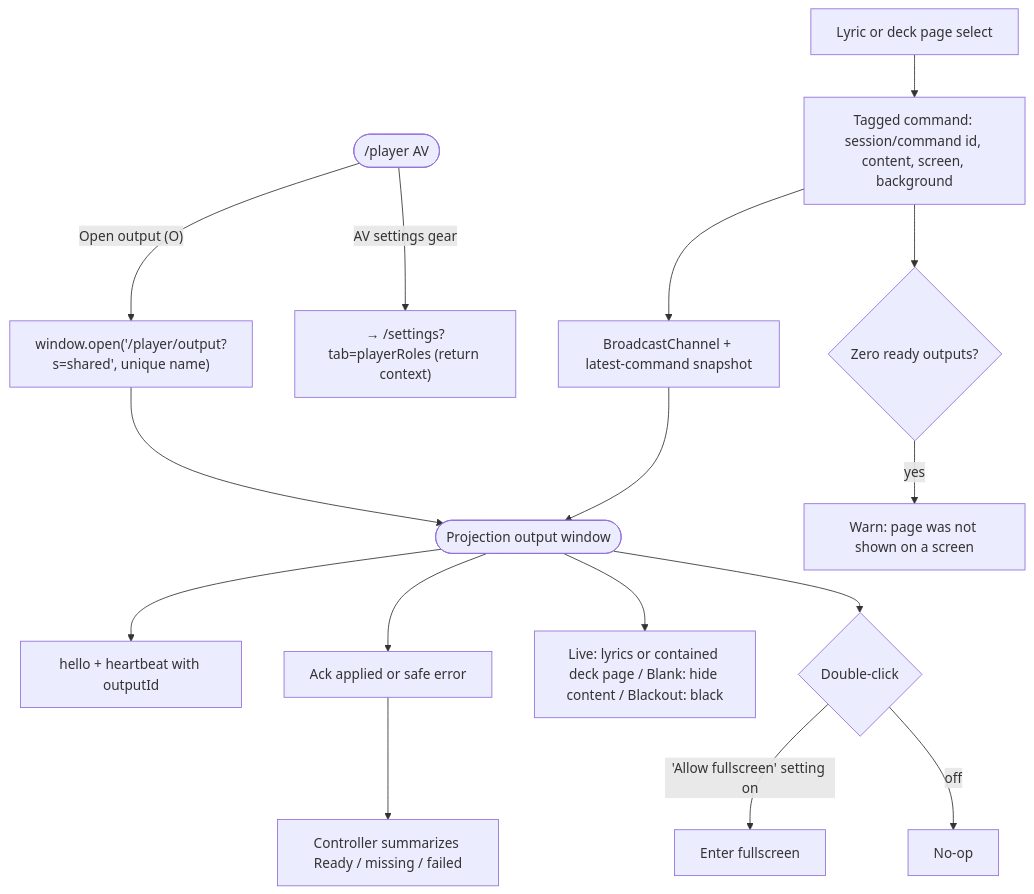
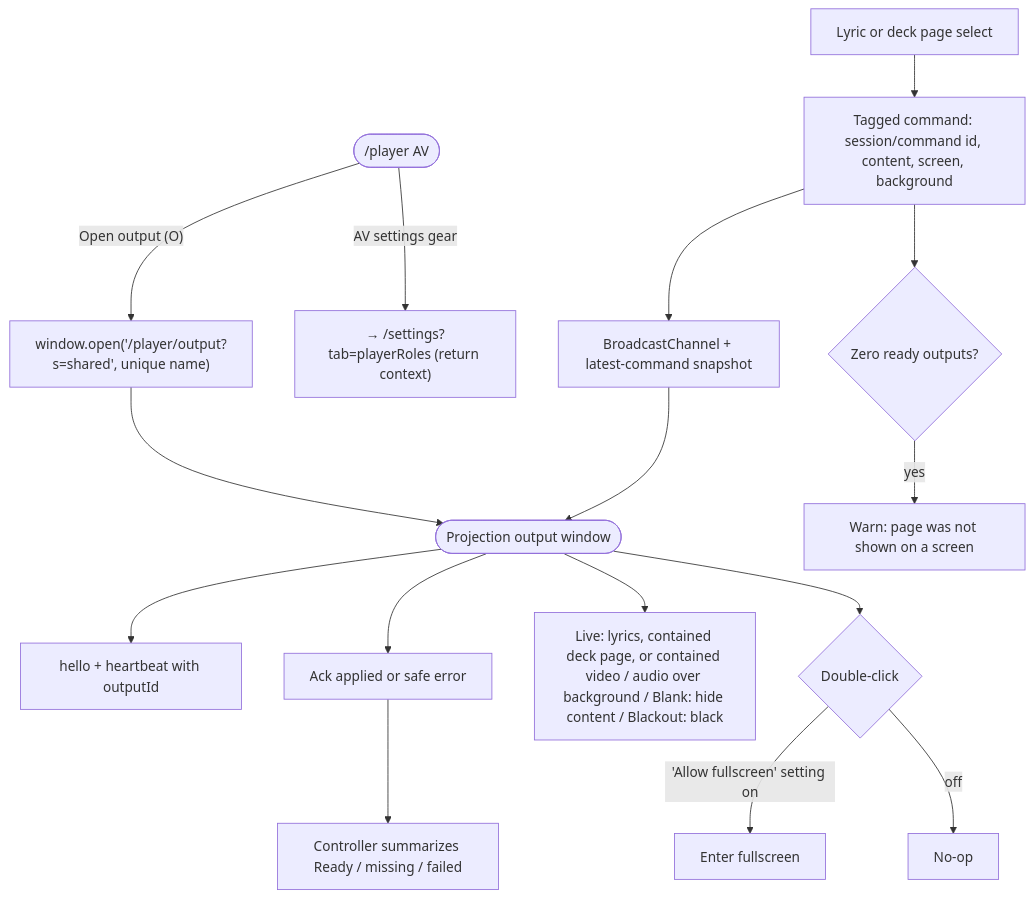
Diagram 38 of 55 in docs/architecture/frontend-user-flows.md (xilefmusics/worship_viewer), drawn with Mermaid before and after one commit. The commit also changed other lines of this file and 18 other files, not shown here.

First line of the commit message:
feat(frontend): project uploaded audio and video from the AV player

````diff
--- a/docs/architecture/frontend-user-flows.md
+++ b/docs/architecture/frontend-user-flows.md
@@ -646,18 +646,18 @@
 ```mermaid
 flowchart TD
     av(["/player AV"]) -->|"Open output (O)"| open["window.open('/player/output?s=shared', unique name)"]
     open --> out(["Projection output window"])
     out --> hello["hello + heartbeat with outputId"]
     page["Lyric or deck page select"] --> cmd["Tagged command: session/command id, content, screen, background"]
     cmd --> bc["BroadcastChannel + latest-command snapshot"]
     bc --> out
     out --> ack["Ack applied or safe error"]
     ack --> registry["Controller summarizes Ready / missing / failed"]
     cmd --> warn{"Zero ready outputs?"}
     warn -->|yes| missing["Warn: page was not shown on a screen"]
-    out --> render["Live: lyrics or contained deck page / Blank: hide content / Blackout: black"]
+    out --> render["Live: lyrics, contained deck page, or contained video / audio over background / Blank: hide content / Blackout: black"]
     out --> fs{"Double-click"}
     fs -->|'Allow fullscreen' setting on| full["Enter fullscreen"]
     fs -->|off| nofull["No-op"]
     av -->|AV settings gear| settings["→ /settings?tab=playerRoles (return context)"]
 ```
````
